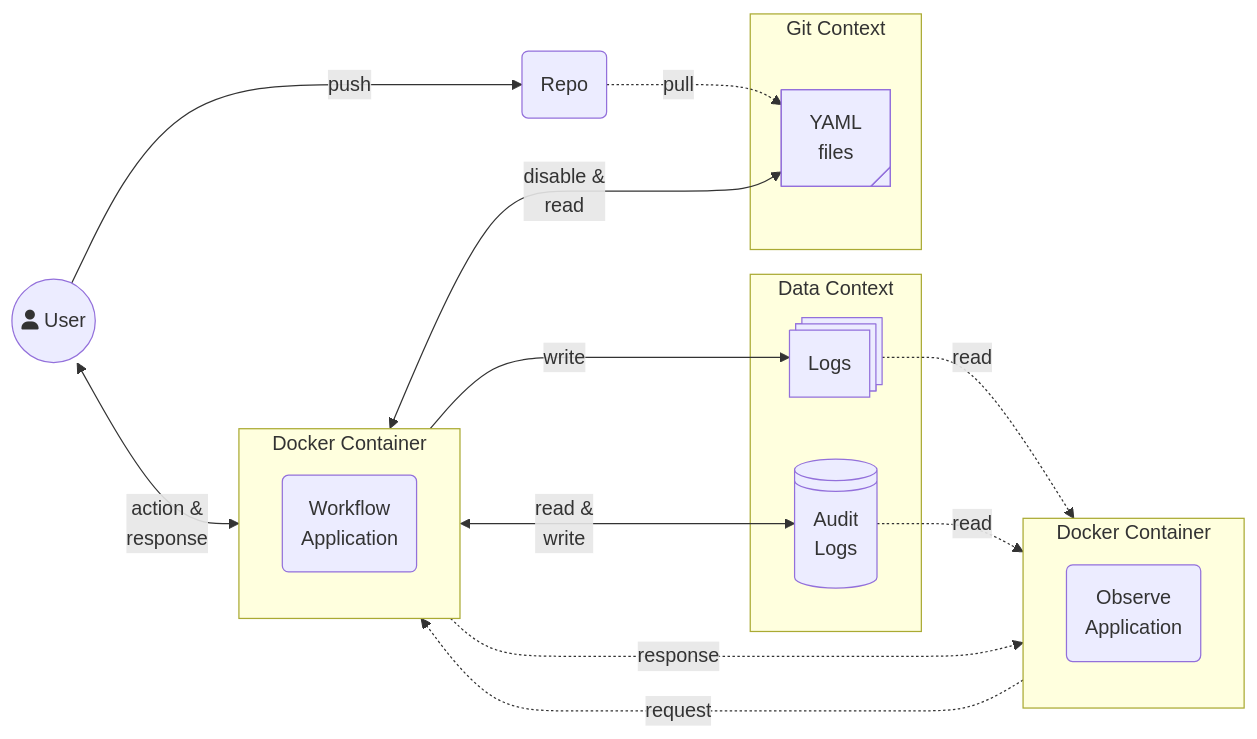
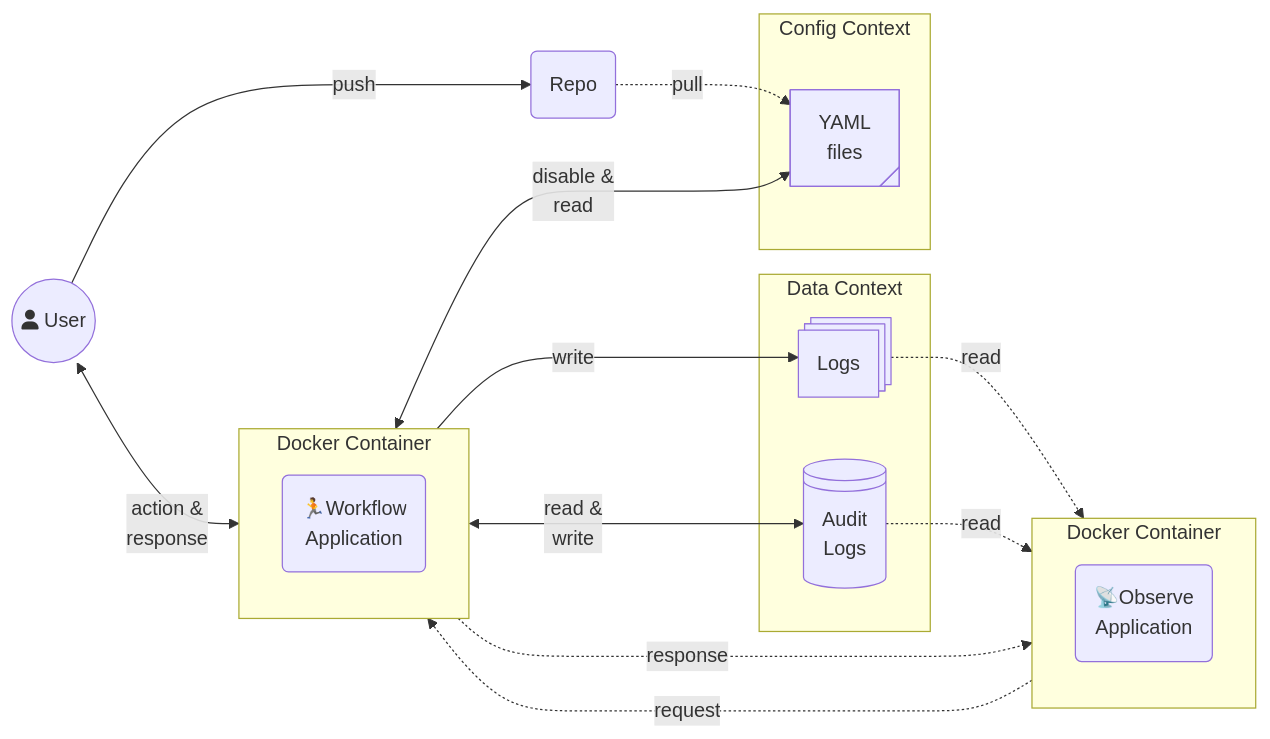
Before and after one commit to ddeutils/ddeutil-workflow: the diagram in README.md, drawn with Mermaid. The commit also changed other lines of this file and 11 other files, not shown here.

````diff
--- a/README.md
+++ b/README.md
@@ -43,39 +43,39 @@
 ```mermaid
 flowchart LR
     A((fa:fa-user User))
 
     subgraph Docker Container
         direction TB
-        G@{ shape: rounded, label: "Observe<br>Application" }
+        G@{ shape: rounded, label: "📡Observe<br>Application" }
     end
 
     subgraph Docker Container
         direction TB
-        B@{ shape: rounded, label: "Workflow<br>Application" }
+        B@{ shape: rounded, label: "🏃Workflow<br>Application" }
     end
 
     A <-->|action &<br>response| B
     B -...-> |response| G
     G -...-> |request| B
 
     subgraph Data Context
         D@{ shape: processes, label: "Logs" }
         E@{ shape: lin-cyl, label: "Audit<br>Logs" }
     end
 
-    subgraph Git Context
+    subgraph Config Context
         F@{ shape: tag-rect, label: "YAML<br>files" }
     end
 
     A ---> |push| H(Repo)
     H -.-> |pull| F
 
     B <-->|disable &<br>read| F
 
     B <-->|read &<br>write| E
 
     B -->|write| D
 
     D -.->|read| G
     E -.->|read| G
 ```
````
